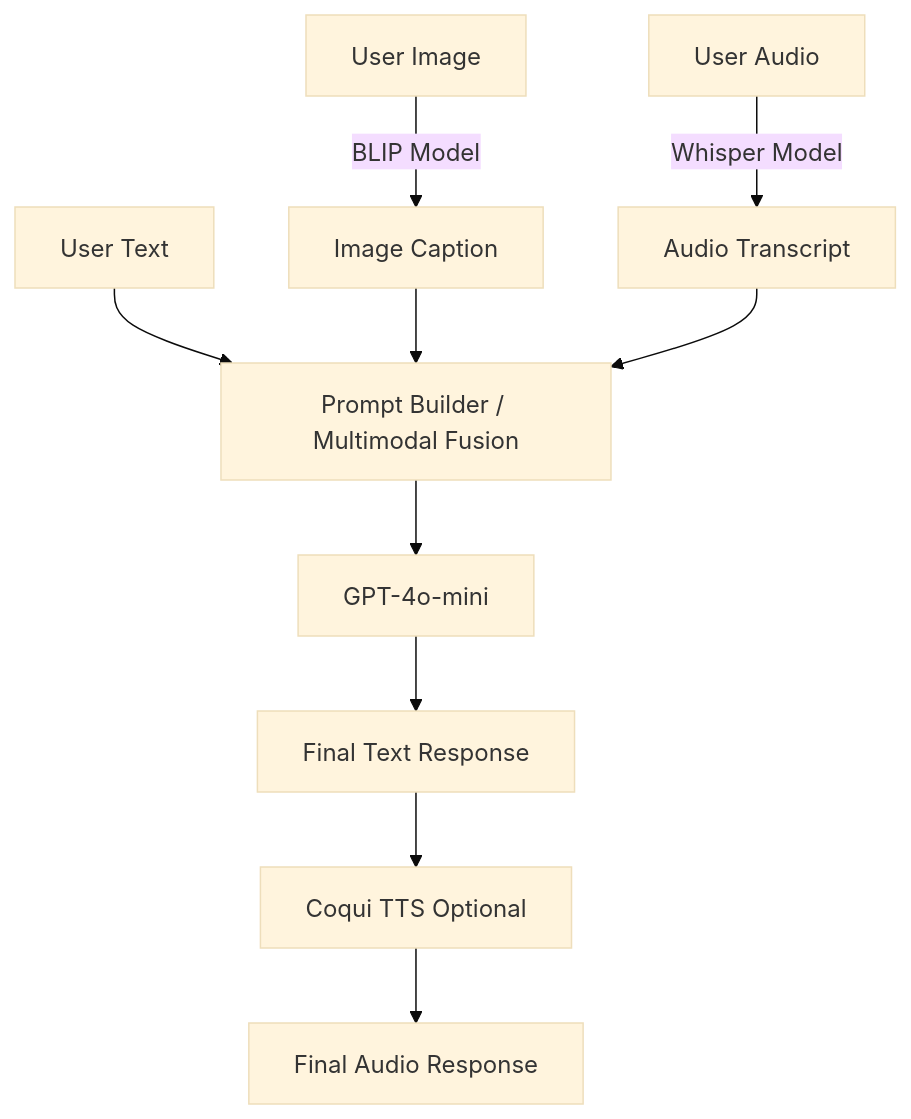
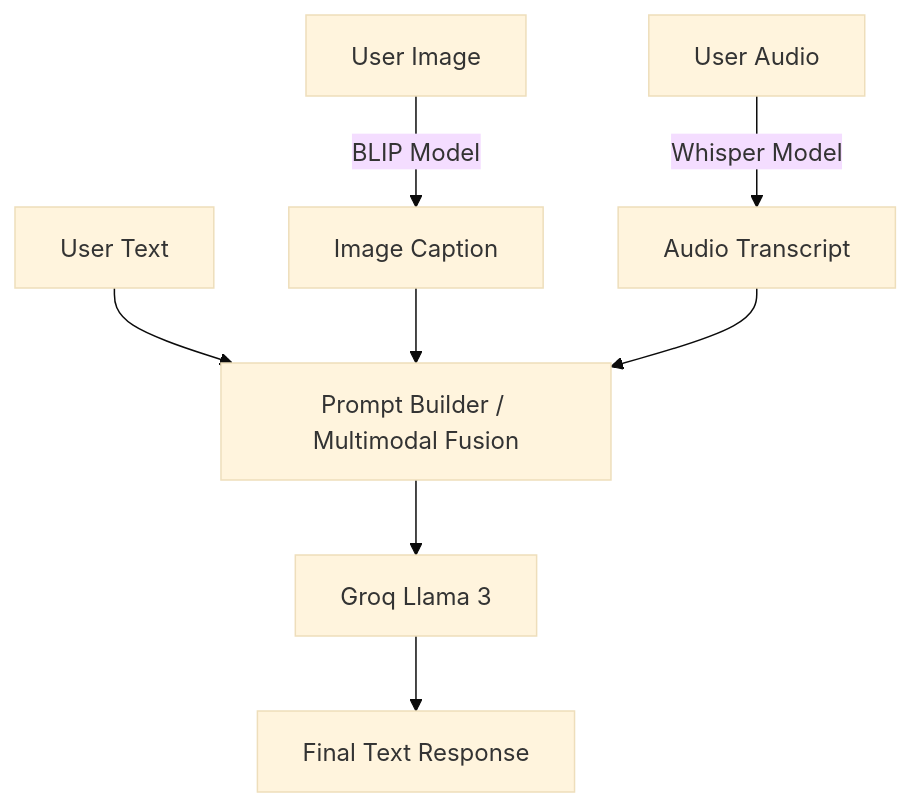
The diagram in README.md (sumareddy-1234/multimodal-ai-assistant), drawn with Mermaid (base theme) before and after one commit. The commit also changed other lines of this file and 9 other files, not shown here.

Commit message:
Migrate to Groq, remove TTS, add Docker support

````diff
--- a/README.md
+++ b/README.md
@@ -16,12 +15,10 @@
 ```mermaid
 graph TD
     A[User Text] --> E[Prompt Builder / Multimodal Fusion]
     B[User Image] -->|BLIP Model| C[Image Caption]
     C --> E
     D[User Audio] -->|Whisper Model| F[Audio Transcript]
     F --> E
-    E --> G[GPT-4o-mini]
+    E --> G[Groq Llama 3]
     G --> H[Final Text Response]
-    H --> I[Coqui TTS Optional]
-    I --> J[Final Audio Response]
 ```
````
